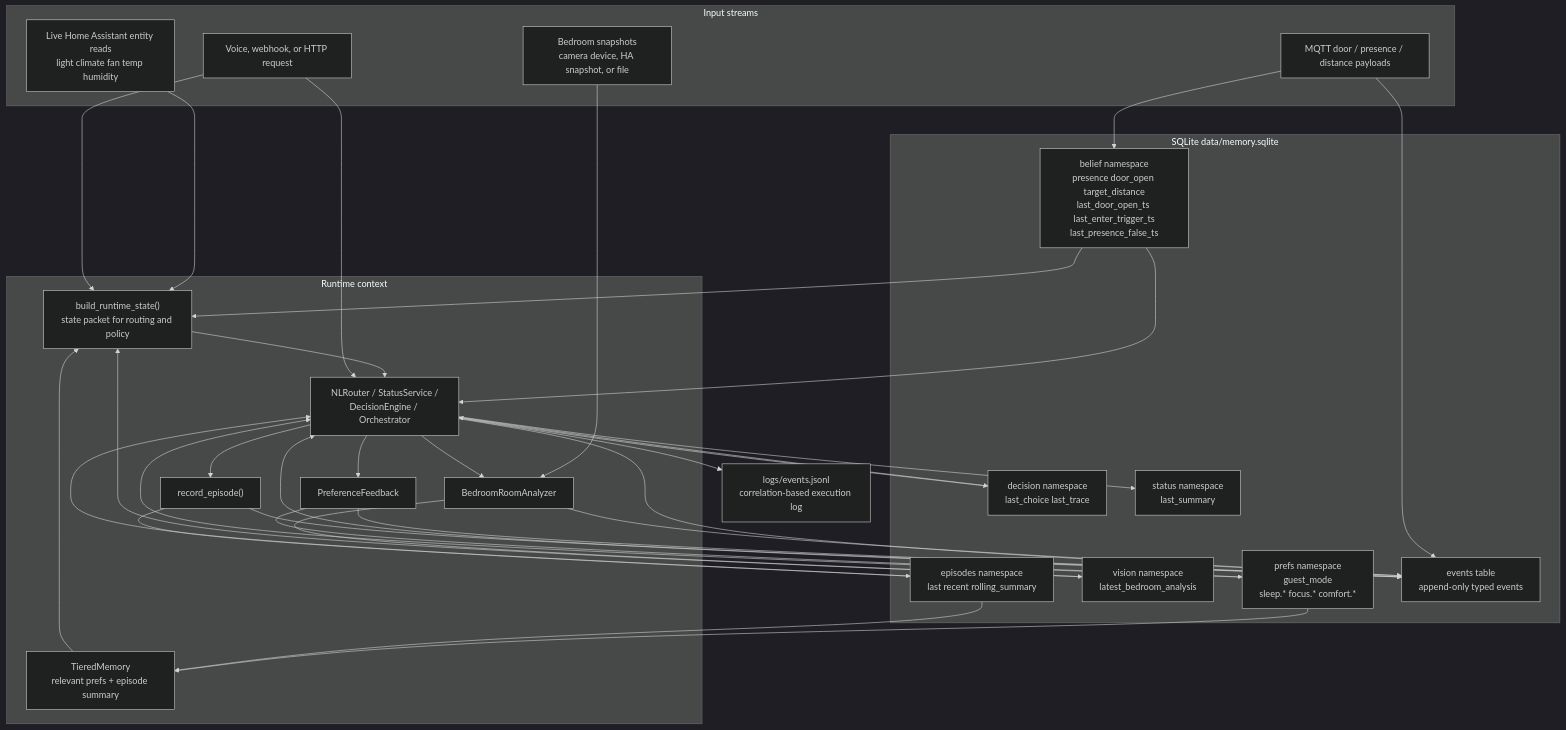
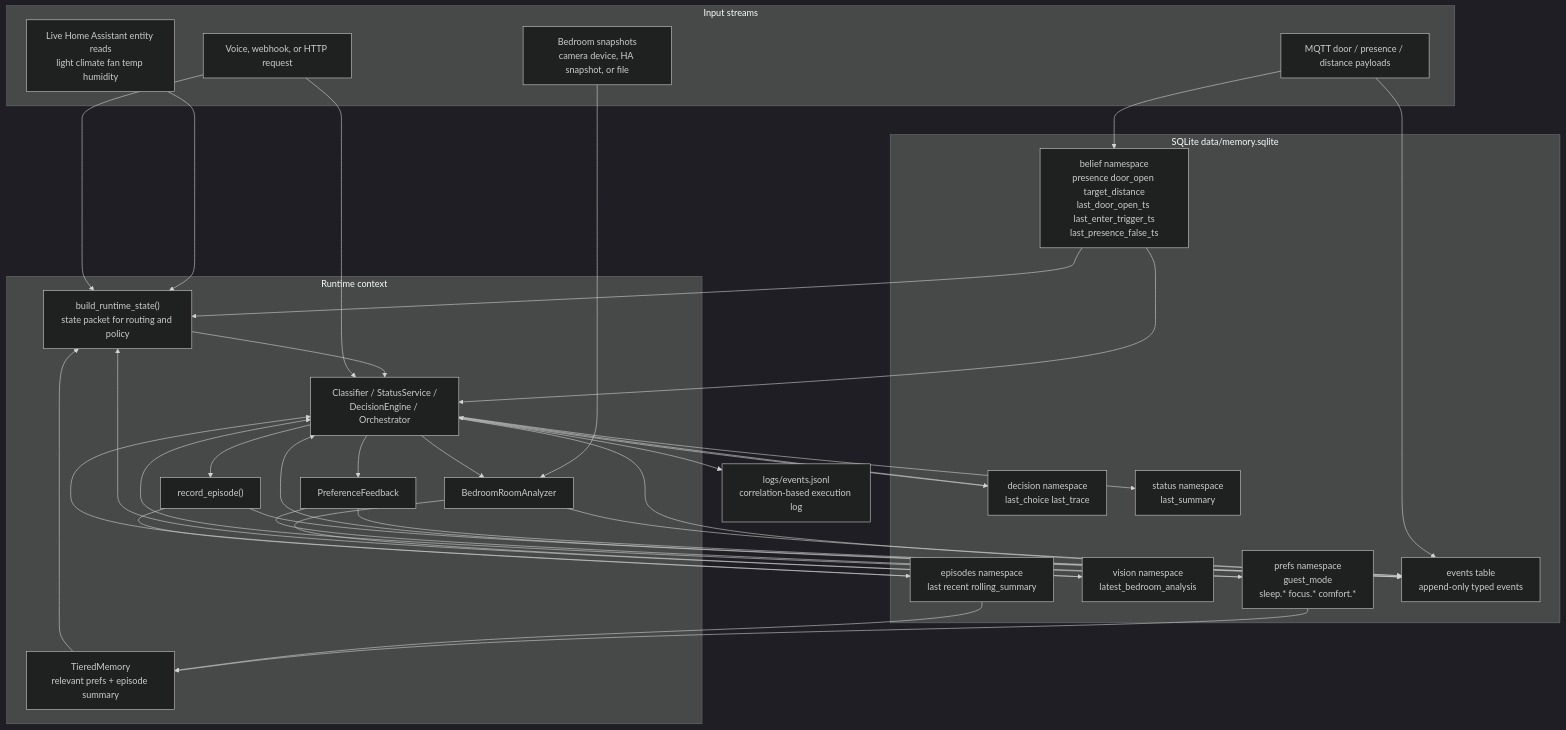
One commit to RohithSurya/bedroom-agent changed the third of 8 diagrams in README.md. Above: the diagram before and after it, drawn with Mermaid (dark theme). The commit also changed other lines of this file and 1 other file, not shown here.

````diff
--- a/README.md
+++ b/README.md
@@ -352,65 +366,65 @@
 ```mermaid
 flowchart TD
   subgraph Inputs["Input streams"]
     Voice["Voice, webhook, or HTTP request"]
     EntityReads["Live Home Assistant entity reads\nlight climate fan temp humidity"]
     MqttEvents["MQTT door / presence / distance payloads"]
     Images["Bedroom snapshots\ncamera device, HA snapshot, or file"]
   end
 
   subgraph Memory["SQLite data/memory.sqlite"]
     Belief["belief namespace\npresence door_open target_distance\nlast_door_open_ts last_enter_trigger_ts\nlast_presence_false_ts"]
     Prefs["prefs namespace\nguest_mode\nsleep.* focus.* comfort.*"]
     VisionState["vision namespace\nlatest_bedroom_analysis"]
     DecisionState["decision namespace\nlast_choice last_trace"]
     Episodes["episodes namespace\nlast recent rolling_summary"]
     StatusState["status namespace\nlast_summary"]
     Events["events table\nappend-only typed events"]
   end
 
   subgraph Runtime["Runtime context"]
     Tiered["TieredMemory\nrelevant prefs + episode summary"]
     StatePacket["build_runtime_state()\nstate packet for routing and policy"]
-    Services["NLRouter / StatusService /\nDecisionEngine / Orchestrator"]
+    Services["Classifier / StatusService /\nDecisionEngine / Orchestrator"]
     VisionSvc["BedroomRoomAnalyzer"]
     Feedback["PreferenceFeedback"]
     EpisodesWriter["record_episode()"]
   end
 
   Logs["logs/events.jsonl\ncorrelation-based execution log"]
 
   MqttEvents --> Belief
   MqttEvents --> Events
   Images --> VisionSvc
   VisionSvc --> VisionState
   VisionSvc --> Events
 
   EntityReads --> StatePacket
   Voice --> StatePacket
   Belief --> StatePacket
   Prefs --> Tiered
   Episodes --> Tiered
   Tiered --> StatePacket
   VisionState --> StatePacket
 
   StatePacket --> Services
   Voice --> Services
   Belief --> Services
   Prefs --> Services
   DecisionState --> Services
   Episodes --> Services
   Events --> Services
 
   Services --> VisionSvc
   Services --> Feedback
   Services --> DecisionState
   Services --> StatusState
   Services --> Events
   Services --> Logs
   Services --> EpisodesWriter
 
   Feedback --> Prefs
   Feedback --> Events
   EpisodesWriter --> Episodes
   EpisodesWriter --> Events
 ```
````
